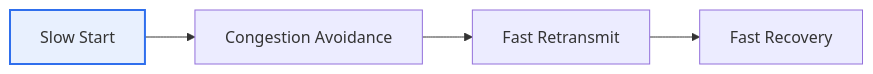
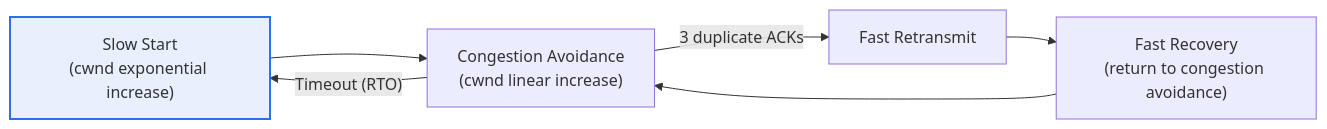
The first of 2 diagrams in content/en/tcp-congestion-control.md (coninggu/wjdqhrhksflrltnftk), drawn with Mermaid before and after one commit. The commit also changed other lines of this file and 37 other files, not shown here.

````diff
--- a/content/en/tcp-congestion-control.md
+++ b/content/en/tcp-congestion-control.md
@@ -15,5 +26,9 @@
 ```mermaid
 flowchart LR
-  A[Slow Start] --> B[Congestion Avoidance] --> C[Fast Retransmit] --> D[Fast Recovery]
+  A["Slow Start<br/>(cwnd exponential increase)"] --> B["Congestion Avoidance<br/>(cwnd linear increase)"]
+  B -->|"3 duplicate ACKs"| C["Fast Retransmit"]
+  C --> D["Fast Recovery<br/>(return to congestion avoidance)"]
+  D --> B
+  B -->|"Timeout (RTO)"| A
   style A fill:#e8f0fe,stroke:#2f6fed,stroke-width:2px
 ```
````
